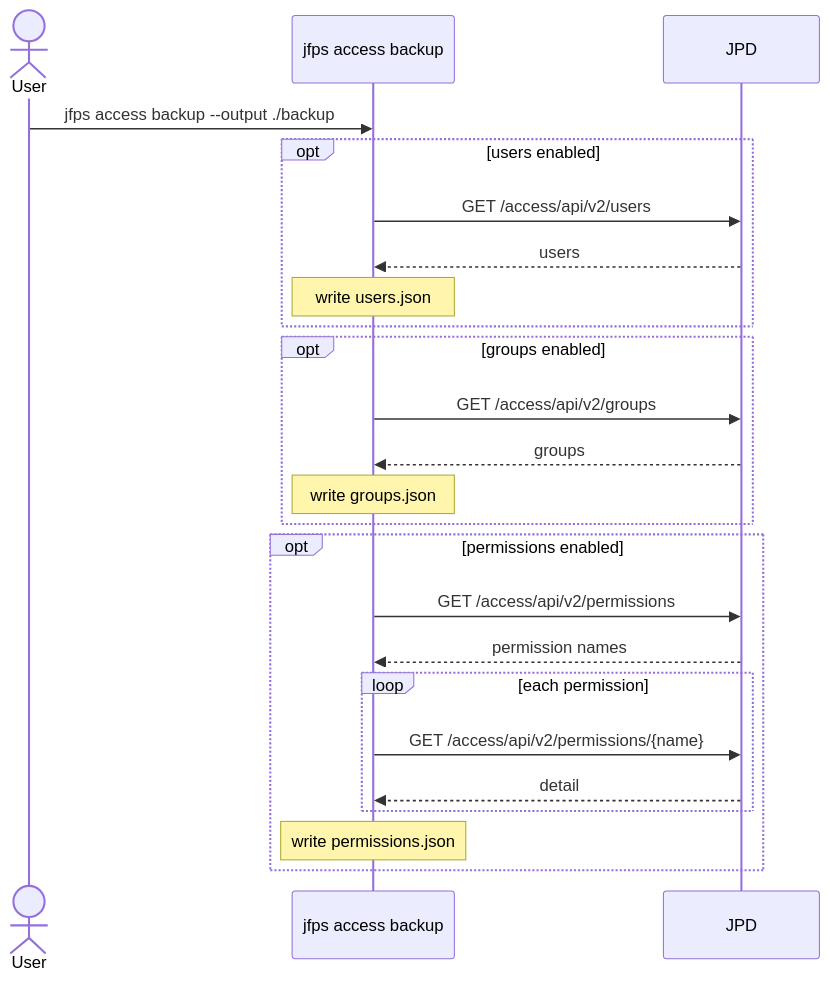
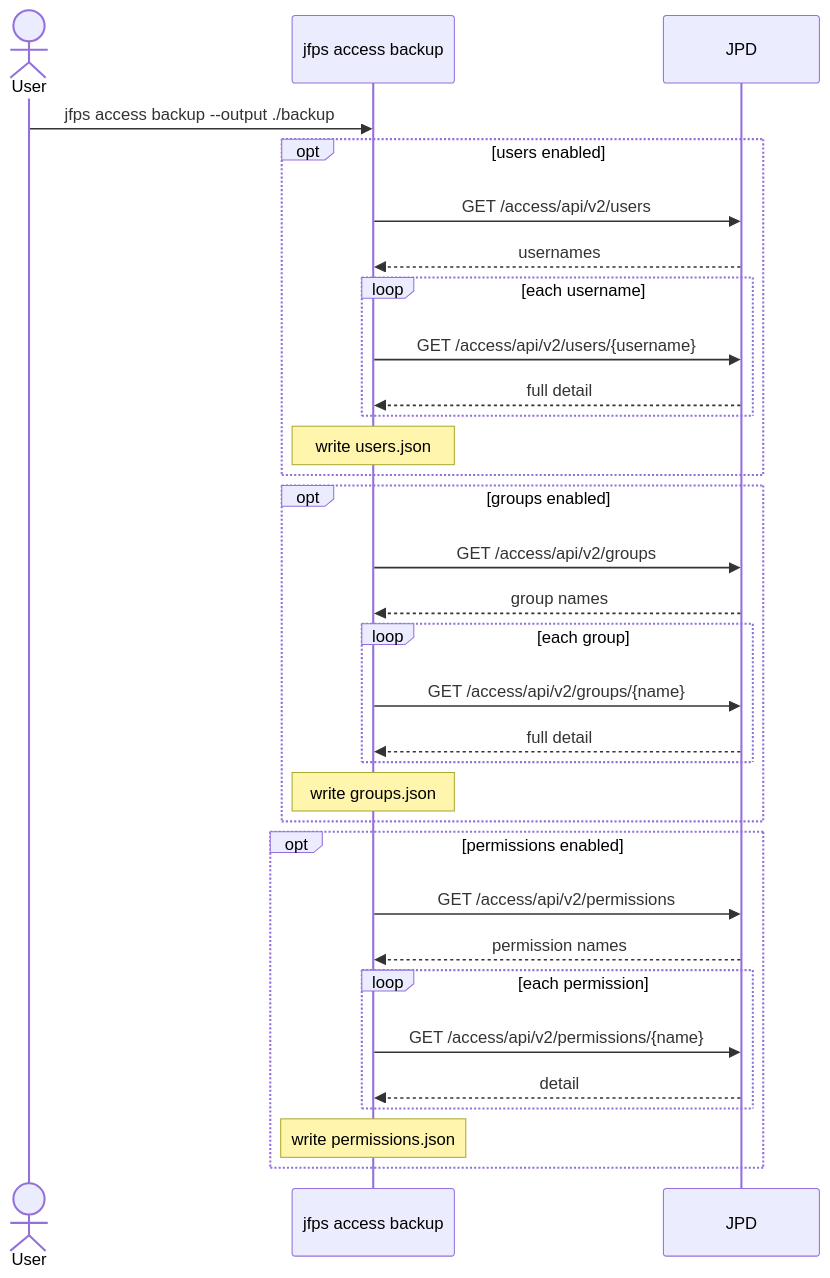
Before and after one commit to ps-jfrog/jfrog-ps-cli: diagram 12 of 15 in docs/access.md, drawn with Mermaid. The commit also changed other lines of this file and 83 other files, not shown here.

````diff
--- a/docs/access.md
+++ b/docs/access.md
@@ -270,27 +275,35 @@
 ```mermaid
 sequenceDiagram
     actor User
     participant CLI as jfps access backup
     participant JPD
 
     User->>CLI: jfps access backup --output ./backup
     opt users enabled
         CLI->>JPD: GET /access/api/v2/users
-        JPD-->>CLI: users
+        JPD-->>CLI: usernames
+        loop each username
+            CLI->>JPD: GET /access/api/v2/users/{username}
+            JPD-->>CLI: full detail
+        end
         Note over CLI: write users.json
     end
     opt groups enabled
         CLI->>JPD: GET /access/api/v2/groups
-        JPD-->>CLI: groups
+        JPD-->>CLI: group names
+        loop each group
+            CLI->>JPD: GET /access/api/v2/groups/{name}
+            JPD-->>CLI: full detail
+        end
         Note over CLI: write groups.json
     end
     opt permissions enabled
         CLI->>JPD: GET /access/api/v2/permissions
         JPD-->>CLI: permission names
         loop each permission
             CLI->>JPD: GET /access/api/v2/permissions/{name}
             JPD-->>CLI: detail
         end
         Note over CLI: write permissions.json
     end
 ```
````
